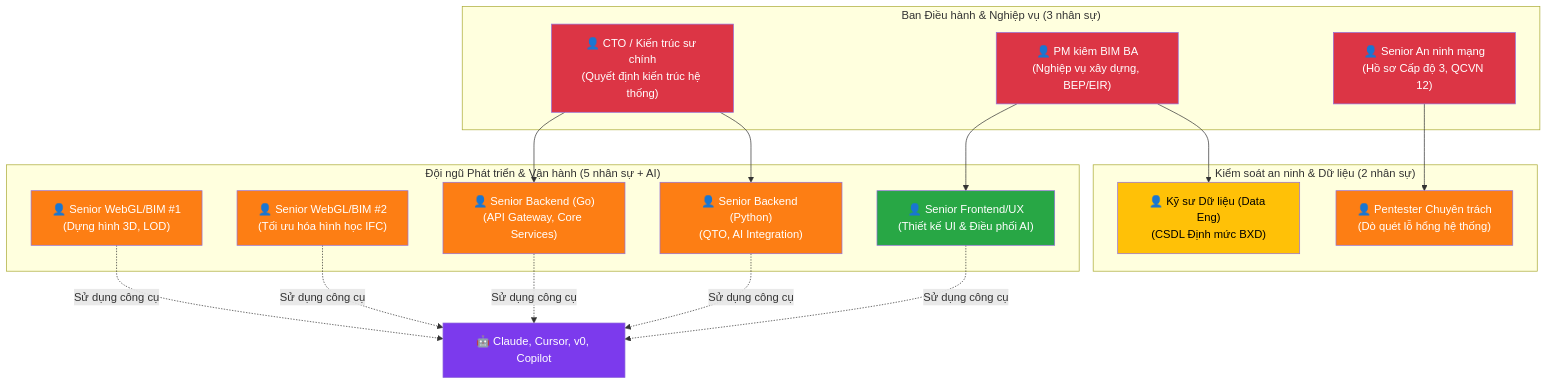
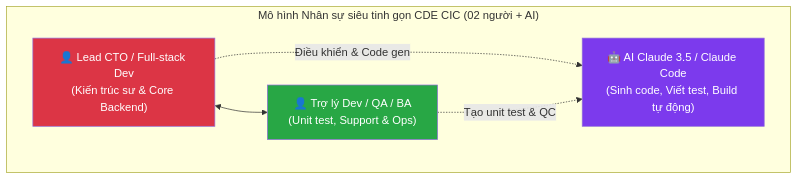
Before and after one commit to appdev-cmd/cic-cde: the second of 2 diagrams in Docs/nghien-cuu-kha-thi/bao-cao-nghien-cuu-kha-thi-cde-cic.md, drawn with Mermaid. The commit also changed other lines of this file and 63 other files, not shown here.

````diff
--- a/Docs/nghien-cuu-kha-thi/bao-cao-nghien-cuu-kha-thi-cde-cic.md
+++ b/Docs/nghien-cuu-kha-thi/bao-cao-nghien-cuu-kha-thi-cde-cic.md
@@ -970,40 +379,16 @@
 ```mermaid
 graph TB
-    subgraph "Ban Điều hành & Nghiệp vụ (3 nhân sự)"
-        CTO["👤 CTO / Kiến trúc sư chính<br/>(Quyết định kiến trúc hệ thống)"]
-        PM["👤 PM kiêm BIM BA<br/>(Nghiệp vụ xây dựng, BEP/EIR)"]
-        SEC["👤 Senior An ninh mạng<br/>(Hồ sơ Cấp độ 3, QCVN 12)"]
+    subgraph "Mô hình Nhân sự siêu tinh gọn CDE CIC (02 người + AI)"
+        CTO["👤 Lead CTO / Full-stack Dev<br/>(Kiến trúc sư & Core Backend)"]
+        ASSISTANT["👤 Trợ lý Dev / QA / BA<br/>(Unit test, Support & Ops)"]
+        AI["🤖 AI Claude 3.5 / Claude Code<br/>(Sinh code, Viết test, Build tự động)"]
+        
+        CTO <--> ASSISTANT
+        CTO -.->|"Điều khiển & Code gen"| AI
+        ASSISTANT -.->|"Tạo unit test & QC"| AI
     end
-
-    subgraph "Đội ngũ Phát triển & Vận hành (5 nhân sự + AI)"
-        BIM1["👤 Senior WebGL/BIM #1<br/>(Dựng hình 3D, LOD)"]
-        BIM2["👤 Senior WebGL/BIM #2<br/>(Tối ưu hóa hình học IFC)"]
-        BE1["👤 Senior Backend (Go)<br/>(API Gateway, Core Services)"]
-        BE2["👤 Senior Backend (Python)<br/>(QTO, AI Integration)"]
-        FE["👤 Senior Frontend/UX<br/>(Thiết kế UI & Điều phối AI)"]
-    end
-
-    subgraph "Kiểm soát an ninh & Dữ liệu (2 nhân sự)"
-        PEN["👤 Pentester Chuyên trách<br/>(Dò quét lỗ hổng hệ thống)"]
-        DATA["👤 Kỹ sư Dữ liệu (Data Eng)<br/>(CSDL Định mức BXD)"]
-    end
-
-    CTO --> BE1
-    CTO --> BE2
-    PM --> FE
-    PM --> DATA
-    SEC --> PEN
-    BE1 & BE2 & FE & BIM1 & BIM2 -.->|"Sử dụng công cụ"| AI["🤖 Claude, Cursor, v0, Copilot"]
-
+    
     style CTO fill:#dc3545,color:#fff
-    style PM fill:#dc3545,color:#fff
-    style SEC fill:#dc3545,color:#fff
-    style BIM1 fill:#fd7e14,color:#fff
-    style BIM2 fill:#fd7e14,color:#fff
-    style BE1 fill:#fd7e14,color:#fff
-    style BE2 fill:#fd7e14,color:#fff
-    style FE fill:#28a745,color:#fff
-    style PEN fill:#fd7e14,color:#fff
-    style DATA fill:#ffc107,color:#000
+    style ASSISTANT fill:#28a745,color:#fff
     style AI fill:#7c3aed,color:#fff
 ```
````
